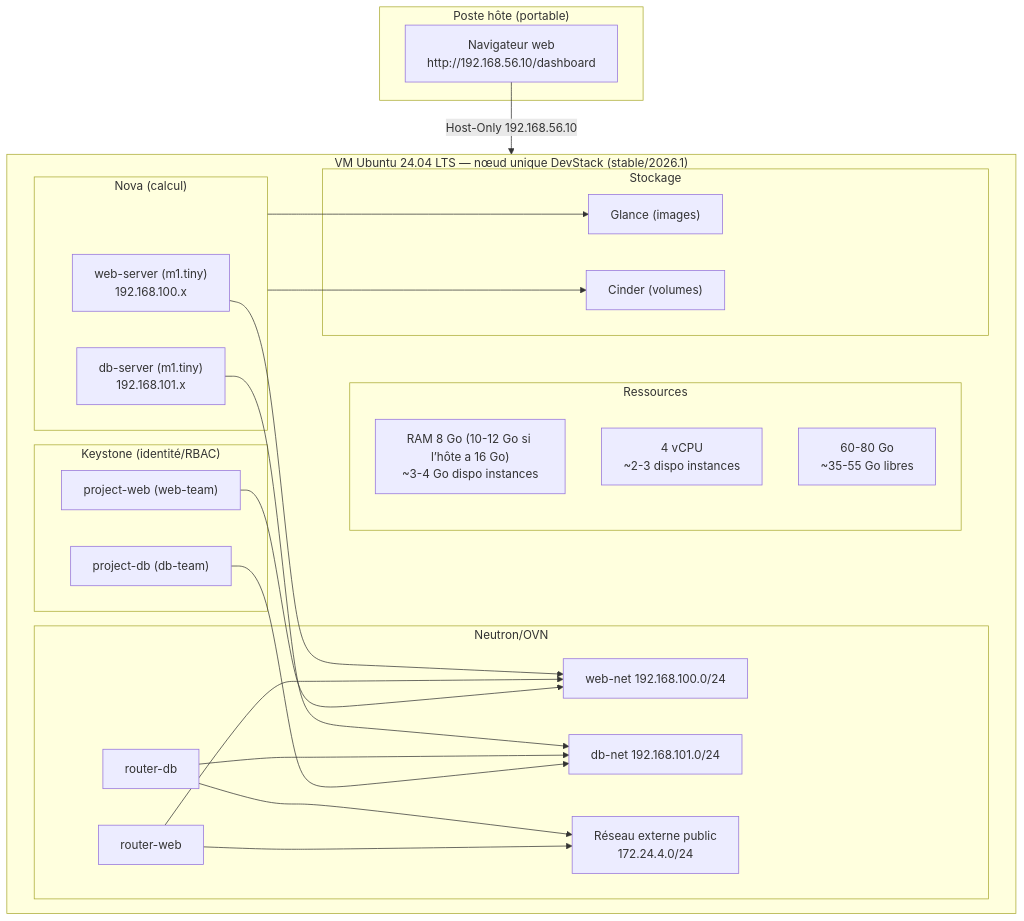
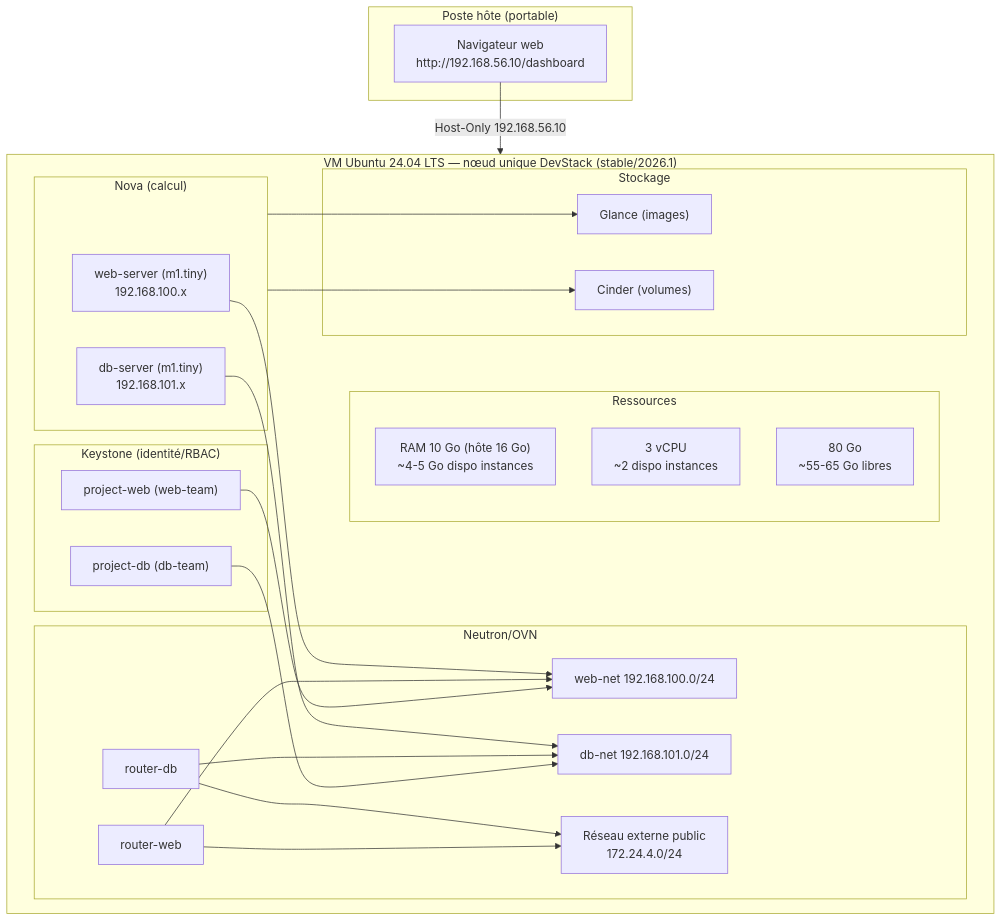
One commit to yugmerabtene/cours-openstack-3-jours changed the first of 2 diagrams in jour-3.md. Above: the diagram before and after it, drawn with Mermaid. The commit also changed other lines of this file and 4 other files, not shown here.

````diff
--- a/jour-3.md
+++ b/jour-3.md
@@ -94,49 +94,49 @@
 ```mermaid
 flowchart TB
     subgraph HOTE["Poste hôte (portable)"]
         NAV["Navigateur web<br/>http://192.168.56.10/dashboard"]
     end
 
     subgraph VM["VM Ubuntu 24.04 LTS — nœud unique DevStack (stable/2026.1)"]
         subgraph RES["Ressources"]
-            RAM["RAM 8 Go (10-12 Go si l’hôte a 16 Go)<br/>~3-4 Go dispo instances"]
-            CPU["4 vCPU<br/>~2-3 dispo instances"]
-            DISK["60-80 Go<br/>~35-55 Go libres"]
+            RAM["RAM 10 Go (hôte 16 Go)<br/>~4-5 Go dispo instances"]
+            CPU["3 vCPU<br/>~2 dispo instances"]
+            DISK["80 Go<br/>~55-65 Go libres"]
         end
 
         subgraph ID["Keystone (identité/RBAC)"]
             PW["project-web (web-team)"]
             PDB["project-db (db-team)"]
         end
 
         subgraph NET["Neutron/OVN"]
             EXT["Réseau externe public<br/>172.24.4.0/24"]
             NW["web-net 192.168.100.0/24"]
             NDB["db-net 192.168.101.0/24"]
             RW["router-web"]
             RDB["router-db"]
         end
 
         subgraph COMP["Nova (calcul)"]
             WEB["web-server (m1.tiny)<br/>192.168.100.x"]
             DB["db-server (m1.tiny)<br/>192.168.101.x"]
         end
 
         subgraph STO["Stockage"]
             GL["Glance (images)"]
             CIN["Cinder (volumes)"]
         end
     end
 
     NAV -->|"Host-Only 192.168.56.10"| VM
     PW --> NW
     PDB --> NDB
     RW --> EXT
     RDB --> EXT
     RW --> NW
     RDB --> NDB
     WEB --> NW
     DB --> NDB
     COMP --> GL
     COMP --> CIN
 ```
````
